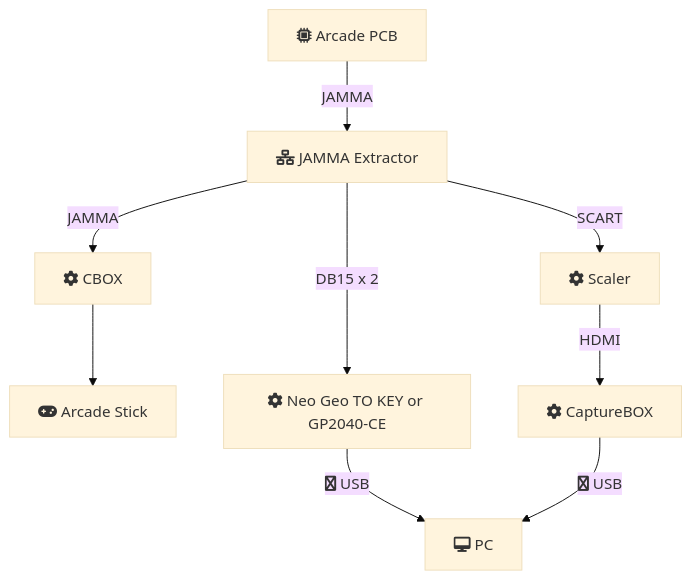
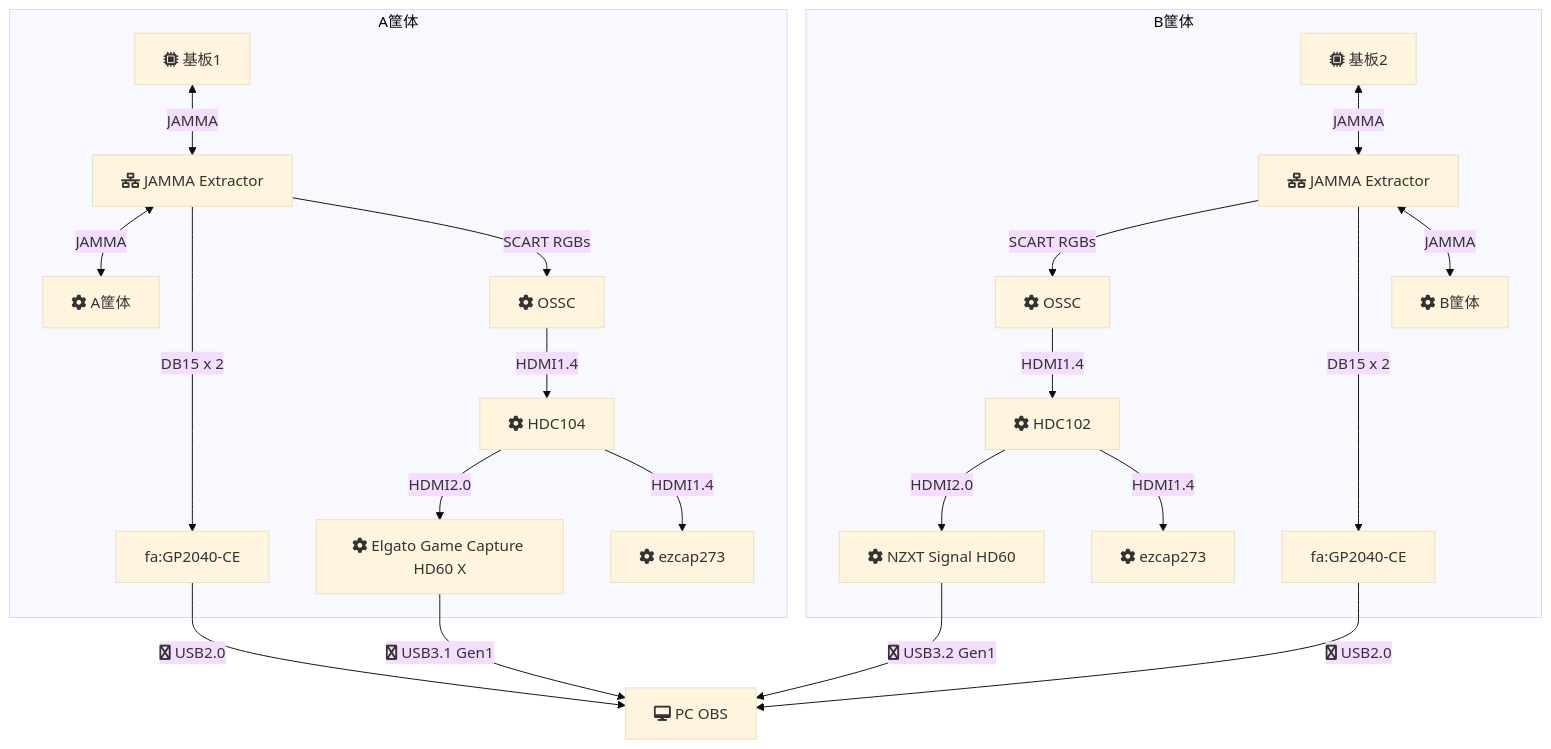
The first of 2 diagrams in README.md (sanwabear/my-input-overlay), drawn with Mermaid (base theme) before and after one commit. The commit also changed 4 other files, not shown here.

````diff
--- a/README.md
+++ b/README.md
@@ -20,14 +20,42 @@
 ```mermaid
 flowchart TD
-    A[fa:fa-microchip Arcade PCB]
-    -->|JAMMA| B[fa:fa-network-wired JAMMA Extractor]
-    -->|JAMMA| C[fa:fa-gear CBOX]
-    -->D[fa:fa-gamepad Arcade Stick]
+subgraph A筐体
+    aA[fa:fa-microchip 基板1]
+    <-->|JAMMA| aB[fa:fa-network-wired JAMMA Extractor]
 
-    B-->|DB15 x 2| E[fa:fa-gear Neo Geo TO KEY or GP2040-CE]
-    -->|fa:fa-usb USB| F[fa:fa-desktop PC]
-    
-    B-->|"`SCART`"| G[fa:fa-gear Scaler]
-    G -->|HDMI| H[fa:fa-gear CaptureBOX]
-    -->|fa:fa-usb USB| F
+    aB <-->|JAMMA| aC[fa:fa-gear A筐体]
+    aB -->|DB15 x 2| aE[fa:GP2040-CE]
+    aB -->|SCART RGBs| aG[fa:fa-gear OSSC]
+
+    aH[fa:fa-gear HDC104]
+    aI[fa:fa-gear Elgato Game Capture HD60 X]
+    aJ[fa:fa-gear ezcap273]
+
+    aG -->|HDMI1.4| aH
+    aH -->|HDMI2.0| aI
+    aH -->|HDMI1.4| aJ
+end
+subgraph B筐体
+    bA[fa:fa-microchip 基板2]
+    <-->|JAMMA| bB[fa:fa-network-wired JAMMA Extractor]
+
+    bB -->|SCART RGBs| bG[fa:fa-gear OSSC]
+    bB -->|DB15 x 2| bE[fa:GP2040-CE]
+    bB <-->|JAMMA| bC[fa:fa-gear B筐体]
+
+    bH[fa:fa-gear HDC102]
+    bI[fa:fa-gear NZXT Signal HD60]
+    bJ[fa:fa-gear ezcap273]
+
+    bG -->|HDMI1.4| bH
+    bH -->|HDMI2.0| bI
+    bH -->|HDMI1.4| bJ
+end
+
+cF[fa:fa-desktop PC OBS]
+
+  aE -->|fa:fa-usb USB2.0| cF
+  bE -->|fa:fa-usb USB2.0| cF
+  aI -->|fa:fa-usb USB3.1 Gen1| cF
+  bI -->|fa:fa-usb USB3.2 Gen1| cF
 ```
````
